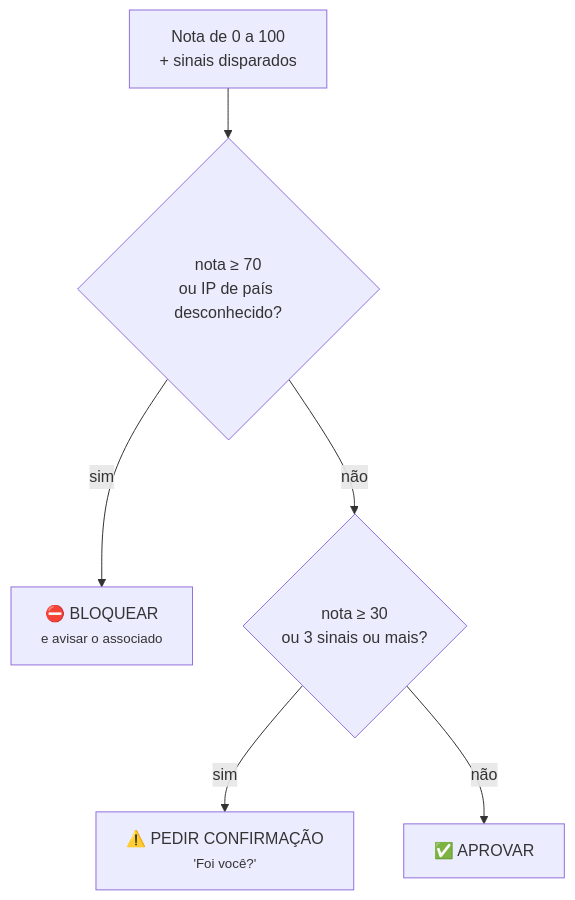
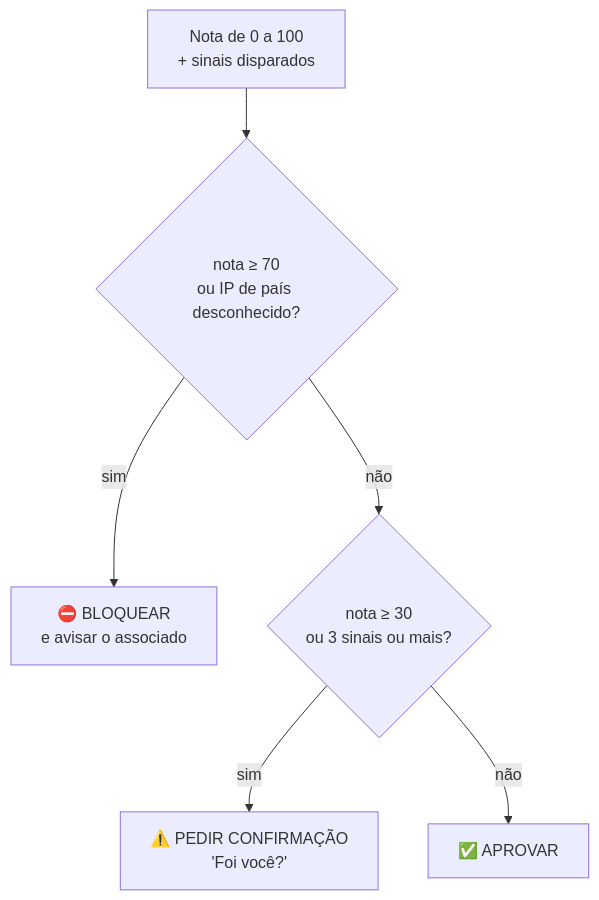
Diagram 12 of 15 in README.md (PedroMLegnaghi/Sentinela_IBM_SkillsBuildAILab_Sicredi_challenge), drawn with Mermaid before and after one commit. The commit also changed other lines of this file, not shown here.

Commit message:
docs: corrige a formatação dos diagramas do README no GitHub (#149)

````diff
--- a/README.md
+++ b/README.md
@@ -499,8 +500,8 @@
 ```mermaid
 flowchart TD
     N["Nota de 0 a 100<br/>+ sinais disparados"] --> B{"nota ≥ 70<br/>ou IP de país desconhecido?"}
-    B -->|sim| BL["⛔ BLOQUEAR<br/><small>e avisar o associado</small>"]
+    B -->|sim| BL["⛔ BLOQUEAR<br/>e avisar o associado"]
     B -->|não| C{"nota ≥ 30<br/>ou 3 sinais ou mais?"}
-    C -->|sim| PC["⚠️ PEDIR CONFIRMAÇÃO<br/><small>'Foi você?'</small>"]
+    C -->|sim| PC["⚠️ PEDIR CONFIRMAÇÃO<br/>'Foi você?'"]
     C -->|não| AP["✅ APROVAR"]
 ```
````
